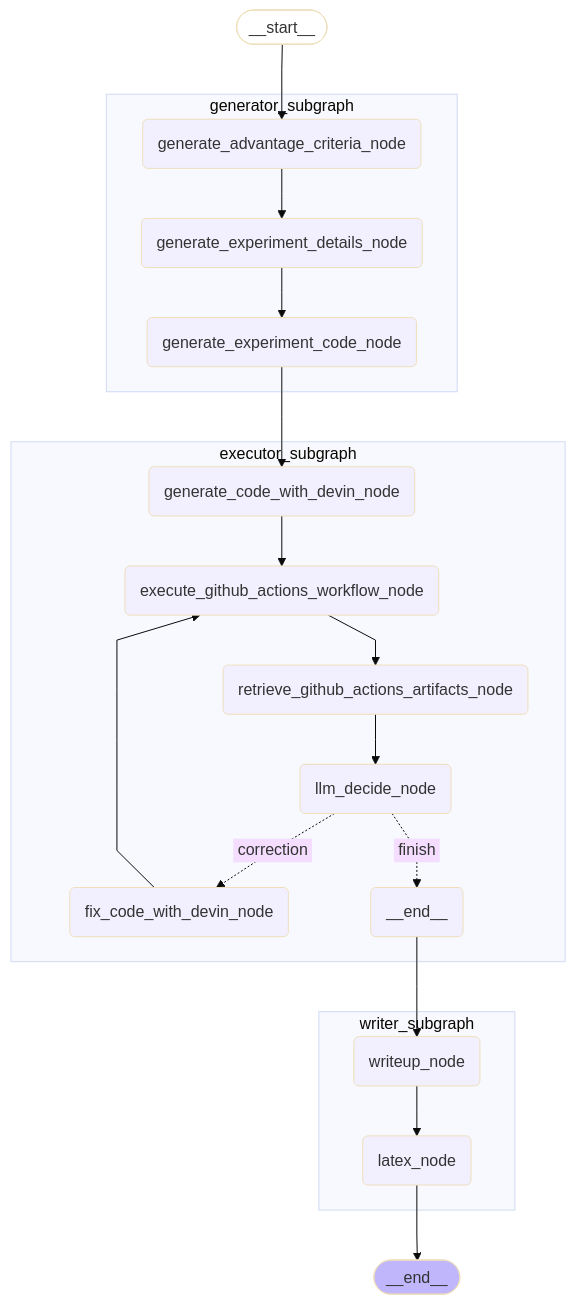
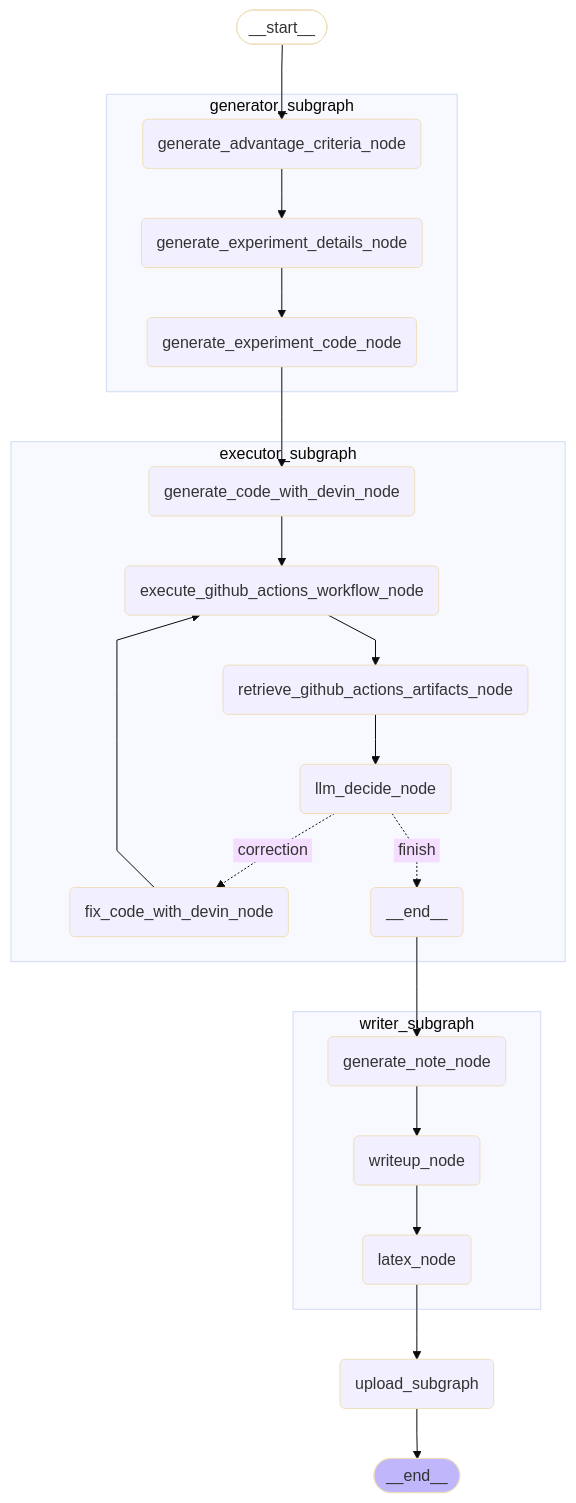
The first of 4 diagrams in README.md (auto-res/researchgraph), drawn with Mermaid (base theme) before and after one commit. The commit also changed other lines of this file and 10 other files, not shown here.

````diff
--- a/README.md
+++ b/README.md
@@ -16,39 +16,43 @@
 ```mermaid
 %%{init: {'flowchart': {'curve': 'linear'}}}%%
 graph TD;
         __start__([<p>__start__</p>]):::first
         generator_subgraph_generate_advantage_criteria_node(generate_advantage_criteria_node)
         generator_subgraph_generate_experiment_details_node(generate_experiment_details_node)
         generator_subgraph_generate_experiment_code_node(generate_experiment_code_node)
         executor_subgraph_generate_code_with_devin_node(generate_code_with_devin_node)
         executor_subgraph_execute_github_actions_workflow_node(execute_github_actions_workflow_node)
         executor_subgraph_retrieve_github_actions_artifacts_node(retrieve_github_actions_artifacts_node)
         executor_subgraph_llm_decide_node(llm_decide_node)
         executor_subgraph_fix_code_with_devin_node(fix_code_with_devin_node)
         executor_subgraph___end__(<p>__end__</p>)
+        writer_subgraph_generate_note_node(generate_note_node)
         writer_subgraph_writeup_node(writeup_node)
         writer_subgraph_latex_node(latex_node)
+        upload_subgraph(upload_subgraph)
         __end__([<p>__end__</p>]):::last
         __start__ --> generator_subgraph_generate_advantage_criteria_node;
-        executor_subgraph___end__ --> writer_subgraph_writeup_node;
+        executor_subgraph___end__ --> writer_subgraph_generate_note_node;
         generator_subgraph_generate_experiment_code_node --> executor_subgraph_generate_code_with_devin_node;
-        writer_subgraph_latex_node --> __end__;
+        upload_subgraph --> __end__;
+        writer_subgraph_latex_node --> upload_subgraph;
         subgraph generator_subgraph
         generator_subgraph_generate_advantage_criteria_node --> generator_subgraph_generate_experiment_details_node;
         generator_subgraph_generate_experiment_details_node --> generator_subgraph_generate_experiment_code_node;
         end
         subgraph executor_subgraph
         executor_subgraph_execute_github_actions_workflow_node --> executor_subgraph_retrieve_github_actions_artifacts_node;
         executor_subgraph_fix_code_with_devin_node --> executor_subgraph_execute_github_actions_workflow_node;
         executor_subgraph_generate_code_with_devin_node --> executor_subgraph_execute_github_actions_workflow_node;
         executor_subgraph_retrieve_github_actions_artifacts_node --> executor_subgraph_llm_decide_node;
         executor_subgraph_llm_decide_node -. &nbsp;correction&nbsp; .-> executor_subgraph_fix_code_with_devin_node;
         executor_subgraph_llm_decide_node -. &nbsp;finish&nbsp; .-> executor_subgraph___end__;
         end
         subgraph writer_subgraph
+        writer_subgraph_generate_note_node --> writer_subgraph_writeup_node;
         writer_subgraph_writeup_node --> writer_subgraph_latex_node;
         end
         classDef default fill:#f2f0ff,line-height:1.2
         classDef first fill-opacity:0
         classDef last fill:#bfb6fc
 ```
````
